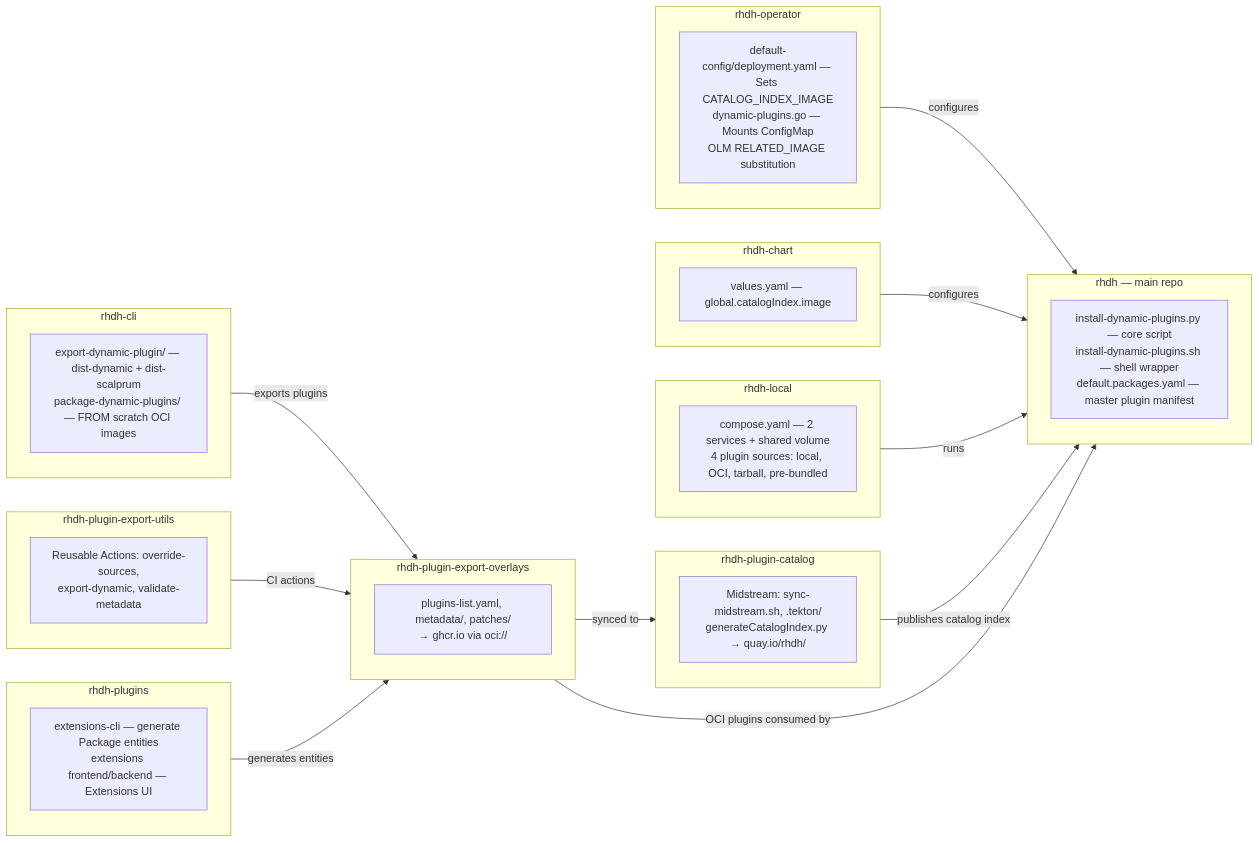
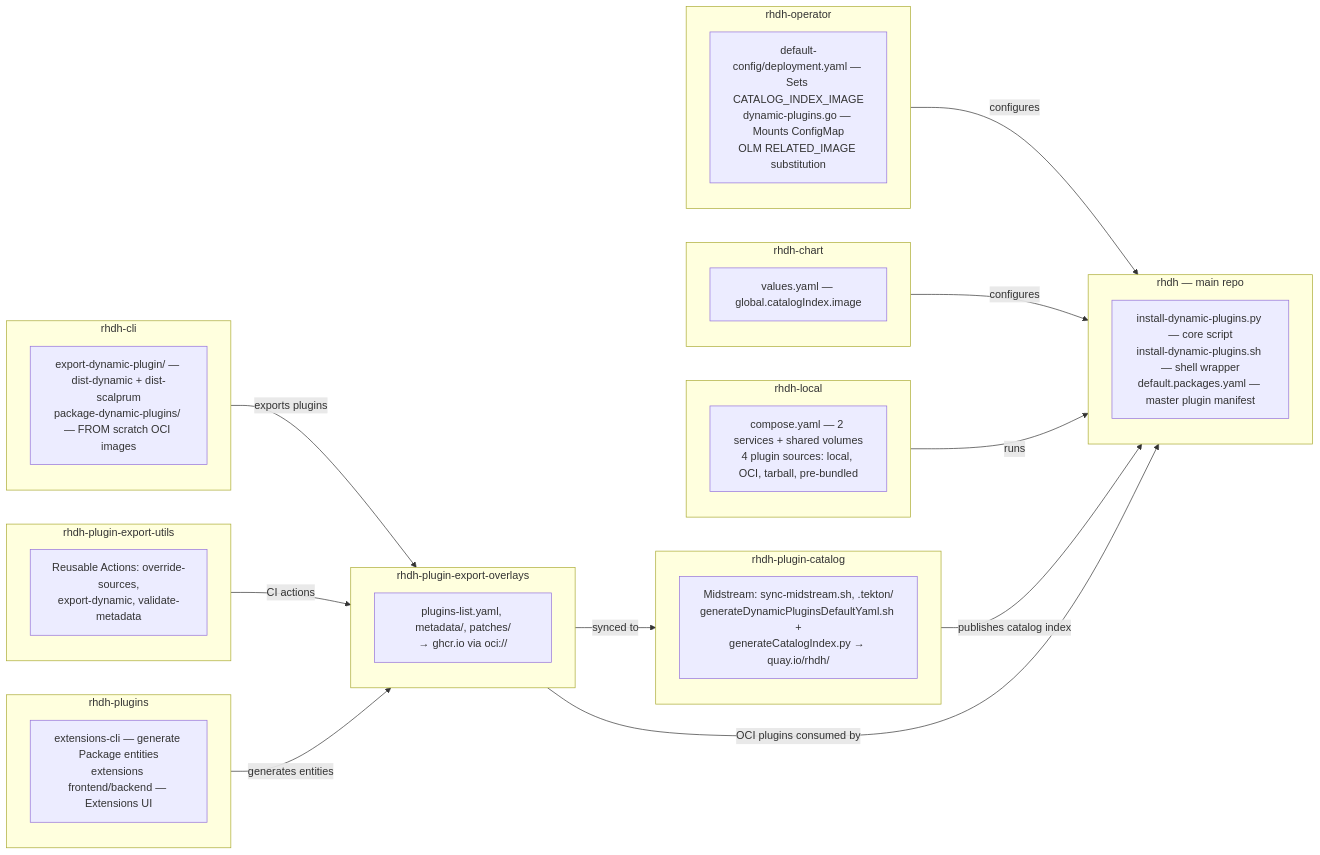
The second of 2 diagrams in docs/architecture/dynamic-plugin-loading.md (redhat-developer/rhdh), drawn with Mermaid before and after one commit. The commit also changed other lines of this file and 1 other file, not shown here.

````diff
--- a/docs/architecture/dynamic-plugin-loading.md
+++ b/docs/architecture/dynamic-plugin-loading.md
@@ -159,39 +160,39 @@
 ```mermaid
 flowchart LR
     subgraph rhdh["rhdh — main repo"]
         r1["install-dynamic-plugins.py — core script<br>install-dynamic-plugins.sh — shell wrapper<br>default.packages.yaml — master plugin manifest"]
     end
     subgraph operator["rhdh-operator"]
         o1["default-config/deployment.yaml — Sets CATALOG_INDEX_IMAGE<br>dynamic-plugins.go — Mounts ConfigMap<br>OLM RELATED_IMAGE substitution"]
     end
     subgraph chart["rhdh-chart"]
         c1["values.yaml — global.catalogIndex.image"]
     end
     subgraph local["rhdh-local"]
-        l1["compose.yaml — 2 services + shared volume<br>4 plugin sources: local, OCI, tarball, pre-bundled"]
+        l1["compose.yaml — 2 services + shared volumes<br>4 plugin sources: local, OCI, tarball, pre-bundled"]
     end
     subgraph cli["rhdh-cli"]
         cl1["export-dynamic-plugin/ — dist-dynamic + dist-scalprum<br>package-dynamic-plugins/ — FROM scratch OCI images"]
     end
     subgraph overlays["rhdh-plugin-export-overlays"]
         ov1["plugins-list.yaml, metadata/, patches/<br>→ ghcr.io via oci://"]
     end
     subgraph catalog["rhdh-plugin-catalog"]
-        cat1["Midstream: sync-midstream.sh, .tekton/<br>generateCatalogIndex.py → quay.io/rhdh/"]
+        cat1["Midstream: sync-midstream.sh, .tekton/<br>generateDynamicPluginsDefaultYaml.sh +<br>generateCatalogIndex.py → quay.io/rhdh/"]
     end
     subgraph plugins["rhdh-plugins"]
         pl1["extensions-cli — generate Package entities<br>extensions frontend/backend — Extensions UI"]
     end
     subgraph utils["rhdh-plugin-export-utils"]
         ut1["Reusable Actions: override-sources,<br>export-dynamic, validate-metadata"]
     end
     operator -->|configures| rhdh
     chart -->|configures| rhdh
     local -->|runs| rhdh
     cli -->|exports plugins| overlays
     utils -->|CI actions| overlays
     overlays -->|synced to| catalog
     catalog -->|publishes catalog index| rhdh
     plugins -->|generates entities| overlays
     overlays -->|OCI plugins consumed by| rhdh
 ```
````
